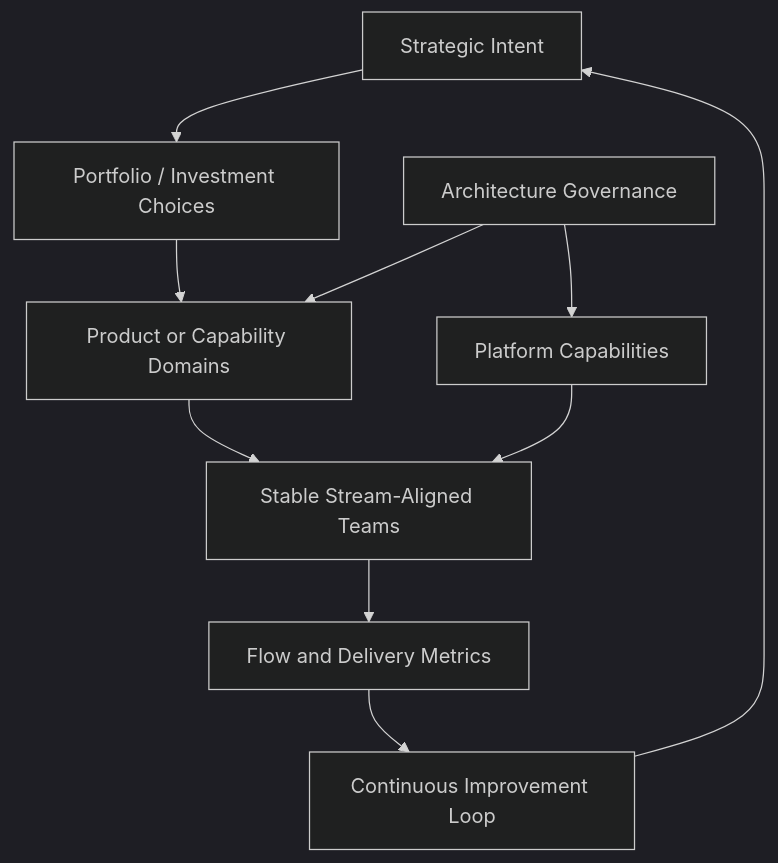
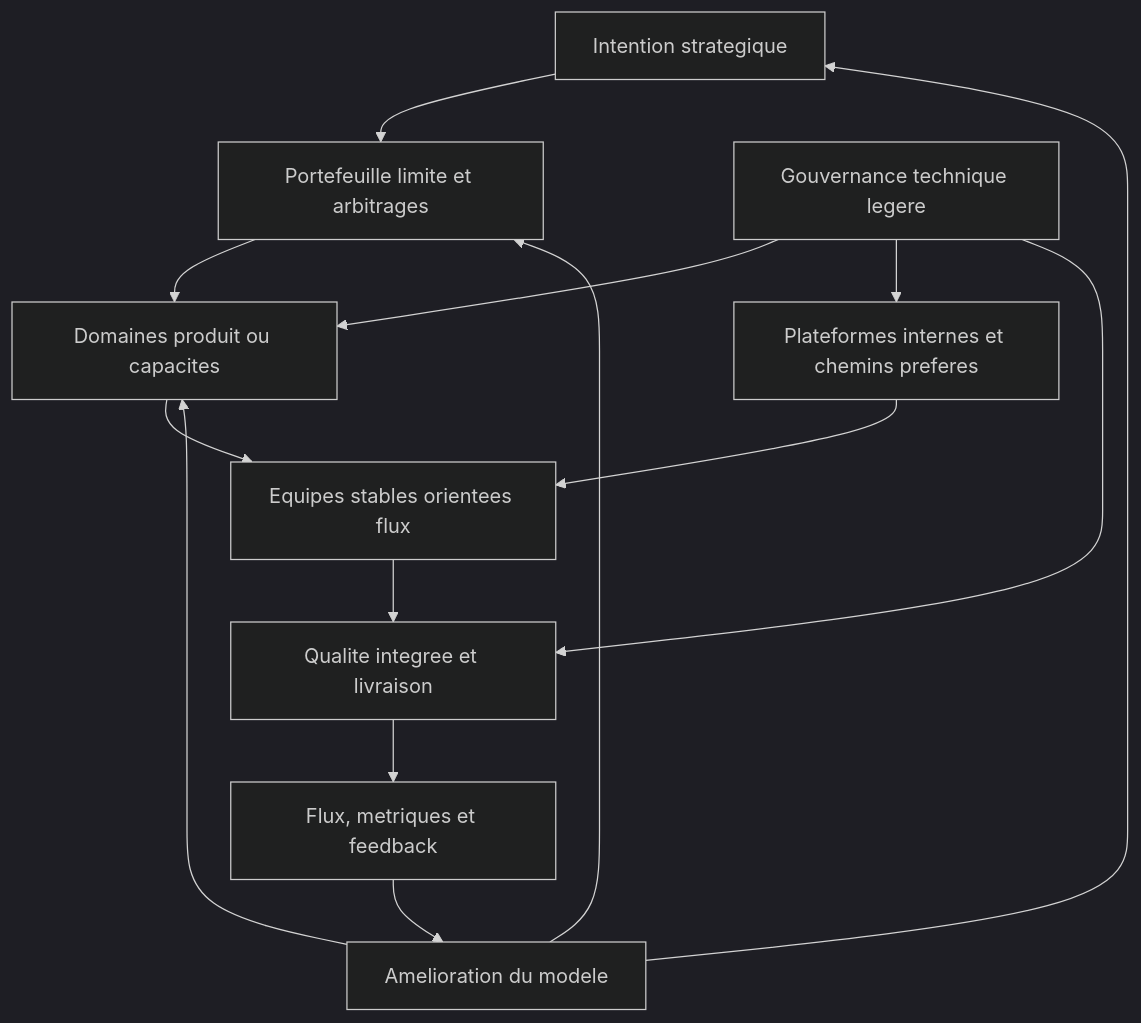
Before and after one commit to ffdumont/large-scale-software-coordination: the diagram in 07-target-organization.md, drawn with Mermaid (dark theme). The commit also changed other lines of this file and 8 other files, not shown here.

````diff
--- a/07-target-organization.md
+++ b/07-target-organization.md
@@ -18,21 +39,26 @@
 ```mermaid
 flowchart TD
-    Strategy[Strategic Intent]
-    Portfolio[Portfolio / Investment Choices]
-    Domains[Product or Capability Domains]
-    Teams[Stable Stream-Aligned Teams]
-    Platform[Platform Capabilities]
-    Architecture[Architecture Governance]
-    Flow[Flow and Delivery Metrics]
-    Improvement[Continuous Improvement Loop]
+    Strategy[Intention strategique]
+    Portfolio[Portefeuille limite et arbitrages]
+    Domains[Domaines produit ou capacites]
+    Teams[Equipes stables orientees flux]
+    Platform[Plateformes internes et chemins preferes]
+    Architecture[Gouvernance technique legere]
+    Quality[Qualite integree et livraison]
+    Flow[Flux, metriques et feedback]
+    Improvement[Amelioration du modele]
 
     Strategy --> Portfolio
     Portfolio --> Domains
     Domains --> Teams
     Platform --> Teams
     Architecture --> Domains
     Architecture --> Platform
-    Teams --> Flow
+    Architecture --> Quality
+    Teams --> Quality
+    Quality --> Flow
     Flow --> Improvement
     Improvement --> Strategy
+    Improvement --> Portfolio
+    Improvement --> Domains
 ```
````
